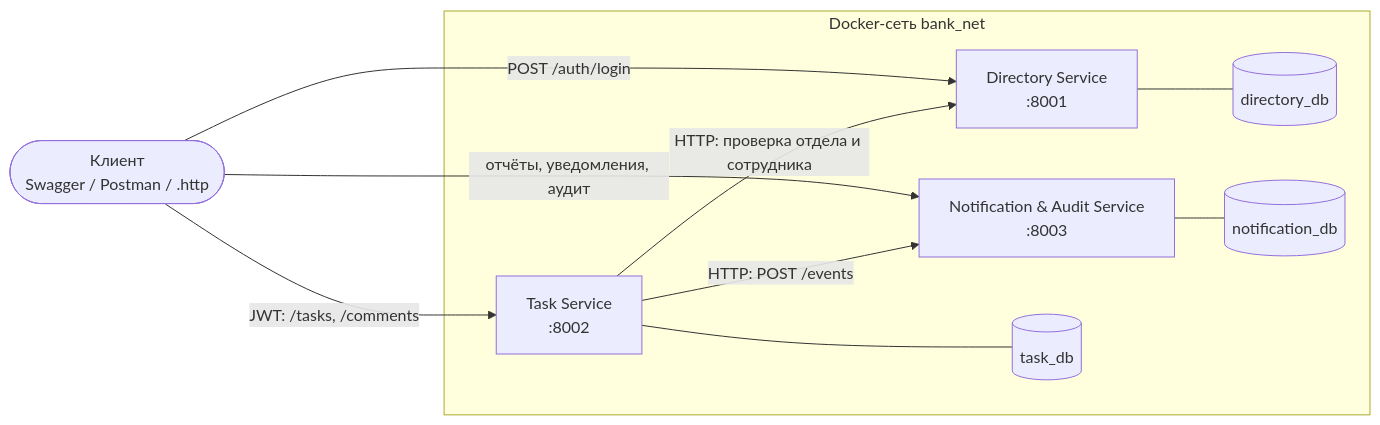
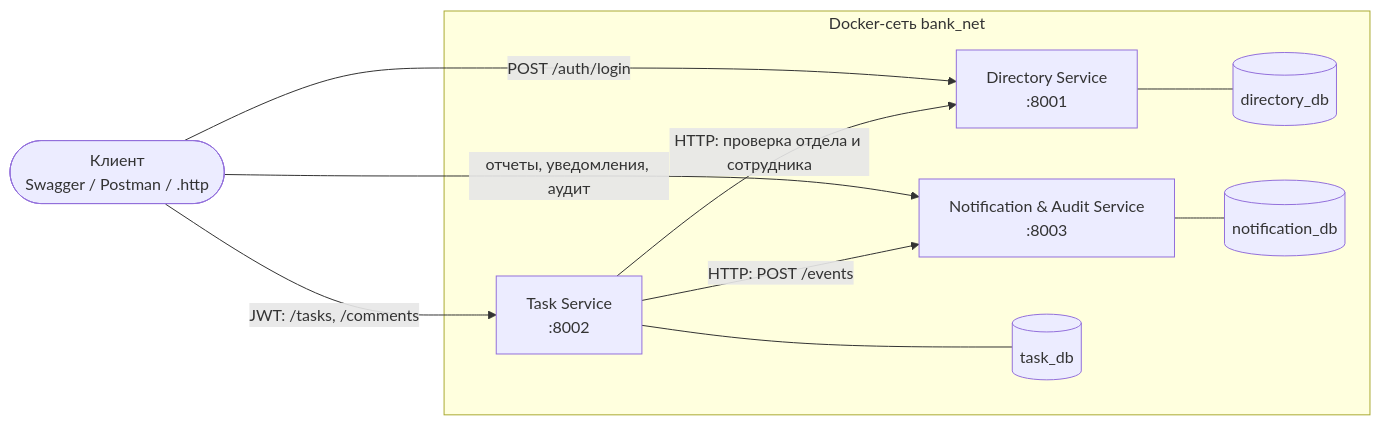
Before and after one commit to Kulikova-A18/python-iu8-13M-2026-2027: the first of 3 diagrams in dz-6/readme.md, drawn with Mermaid. The commit also changed other lines of this file, not shown here.

````diff
--- a/dz-6/readme.md
+++ b/dz-6/readme.md
@@ -20,25 +20,25 @@
 ```mermaid
 flowchart LR
     Client(["Клиент<br/>Swagger / Postman / .http"])
 
     subgraph net["Docker-сеть bank_net"]
         DS["Directory Service<br/>:8001"]
         TS["Task Service<br/>:8002"]
         NS["Notification & Audit Service<br/>:8003"]
 
         DB1[("directory_db")]
         DB2[("task_db")]
         DB3[("notification_db")]
     end
 
     Client -->|"POST /auth/login"| DS
     Client -->|"JWT: /tasks, /comments"| TS
-    Client -->|"отчёты, уведомления, аудит"| NS
+    Client -->|"отчеты, уведомления, аудит"| NS
 
     TS -->|"HTTP: проверка отдела и сотрудника"| DS
     TS -->|"HTTP: POST /events"| NS
 
     DS --- DB1
     TS --- DB2
     NS --- DB3
 ```
````
